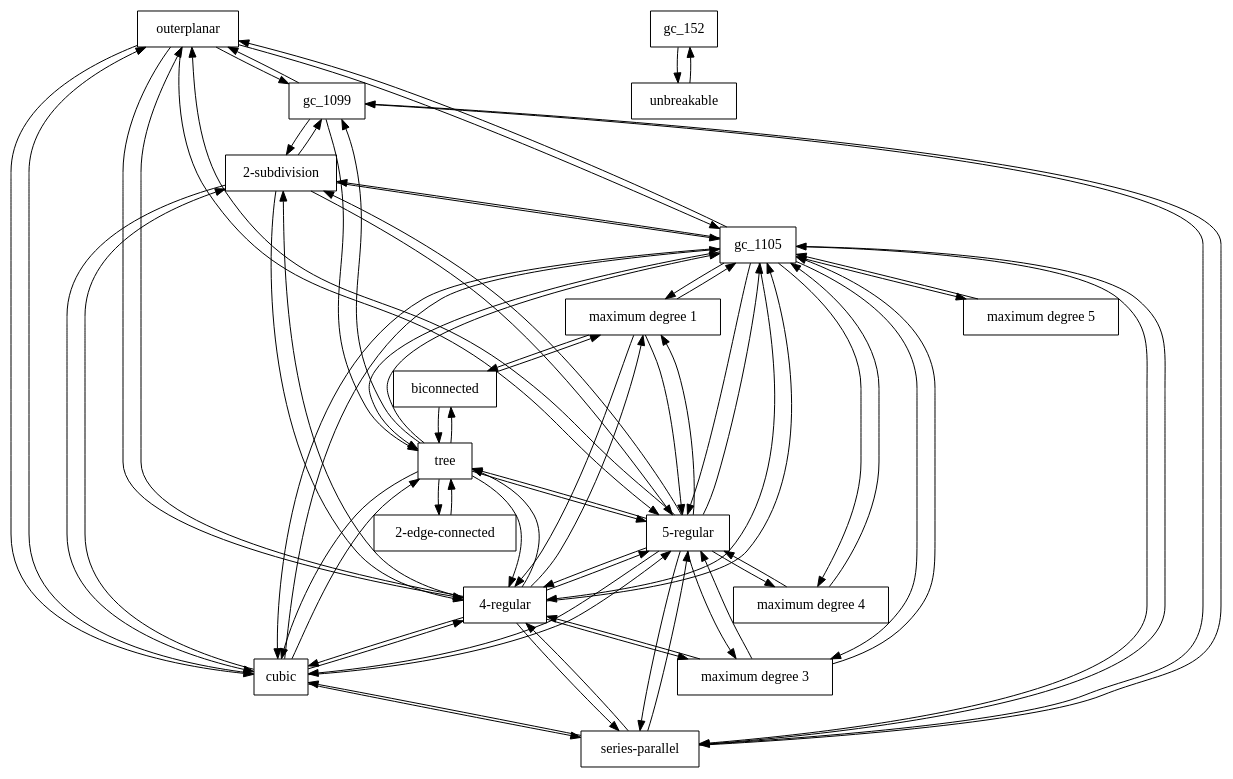
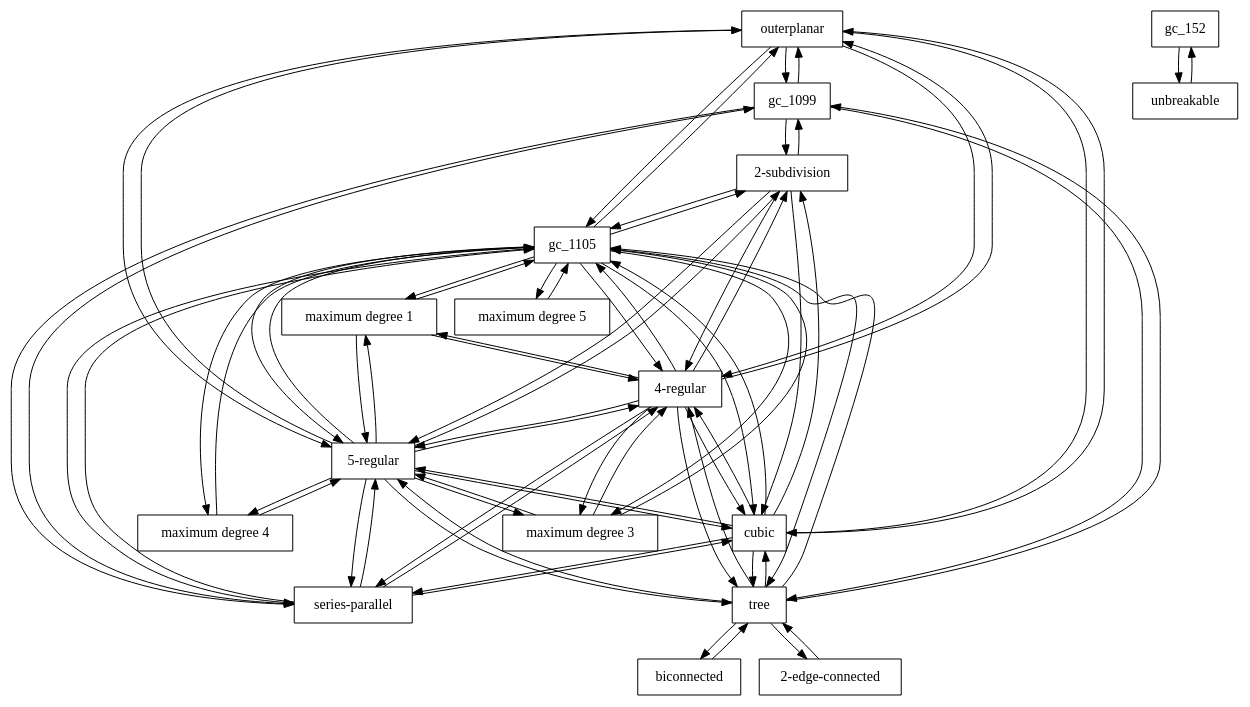
The diagram in src/isgci/exclusion-graph.dot (alabarre/graphotaxy), drawn with Graphviz before and after one commit. The commit also changed 78 other files, not shown here.

```diff
--- a/src/isgci/exclusion-graph.dot
+++ b/src/isgci/exclusion-graph.dot
@@ -1,143 +1,140 @@
+// TODO document each exclusion relationship
 digraph G {
     node [shape=rect]
     // graph classes ----------------------------------------------------------
     gc_110  [label="outerplanar"]
     gc_152  [texlbl="$P_4$-free"]
     gc_277  [label="unbreakable"]
     gc_275  [label="series-parallel"]
     gc_342  [label="tree"]
     gc_717 [label="maximum degree 4"]
     gc_720 [label="maximum degree 3"]
     gc_771  [label="biconnected"]
     gc_1099 [texlbl="$k$-regular, fixed $k\ge 3$"]
     gc_1100 [label="cubic"]
     gc_1101 [label="4-regular"]
     gc_1104 [label="5-regular"]
     gc_1105 [texlbl="$k$-regular, fixed $k\ge 6$"]
     gc_1139 [label="maximum degree 5"]
     gc_1299 [label="maximum degree 1"]
     gc_1362 [label="2-edge-connected"]
     gc_472 [label="2-subdivision"]
     
     
     
 //     gc_1119 [label="maximum degree 6"] // not used yet
 //     gc_1090 [label="maximum degree 7"] // not used yet
     
     
     // relationships involving trees ------------------------------------------
     // trees are not 2-edge-connected
     gc_342 -> gc_1362
     gc_1362 -> gc_342
 
     // trees are not 2-vertex-connected
     gc_342 -> gc_771
     gc_771 -> gc_342
 
     // no tree is k-regular for any k >= 3
     gc_342 -> gc_1099 // k >= 3
     gc_1099 -> gc_342 // k >= 3
     gc_342 -> gc_1100 // k = 3 
     gc_1100 -> gc_342 // k = 3
     gc_342 -> gc_1101 // k = 4
     gc_1101 -> gc_342 // k = 4
     gc_342 -> gc_1104 // k = 5
     gc_1104 -> gc_342 // k = 5
     gc_342 -> gc_1105 // k >= 6
     gc_1105 -> gc_342 // k >= 6
     
     // relationships involving bounded degrees --------------------------------
     // maximum degree k -> not p-regular for any p > k
     gc_1299 -> gc_1101 // k = 1, p = 4
     gc_1101 -> gc_1299 // k = 1, p = 4
     gc_1299 -> gc_1104 // k = 1, p = 5
     gc_1104 -> gc_1299 // k = 1, p = 5
     gc_1299 -> gc_1105 // k = 1, p >= 6
     gc_1105 -> gc_1299 // k = 1, p >= 6
 
     gc_720 -> gc_1101 // k = 3, p = 4
     gc_1101 -> gc_720 // k = 3, p = 4
     gc_720 -> gc_1104 // k = 3, p = 5
     gc_1104 -> gc_720 // k = 3, p = 5
     gc_720 -> gc_1105 // k = 3, p >= 6
     gc_1105 -> gc_720 // k = 3, p >= 6
 
     gc_717 -> gc_1104 // k = 4, p = 5
     gc_1104 -> gc_717 // k = 4, p = 5
     gc_717 -> gc_1105 // k = 4, p >= 6
     gc_1105 -> gc_717 // k = 4, p >= 6
 
     gc_1139 -> gc_1105 // k = 5, p >= 6
     gc_1105 -> gc_1139 // k = 5, p >= 6
     
     // k-regular -> not p-regular for any p != k
     gc_1100 -> gc_1101 // k = 3, p = 4
     gc_1101 -> gc_1100 // k = 3, p = 4
     gc_1100 -> gc_1104 // k = 3, p = 5
     gc_1104 -> gc_1100 // k = 3, p = 5
     gc_1100 -> gc_1105 // k = 3, p = 6
     gc_1105 -> gc_1100 // k = 3, p = 6
     gc_1101 -> gc_1104 // k = 4, p = 5
     gc_1104 -> gc_1101 // k = 4, p = 5
     gc_1101 -> gc_1105 // k = 4, p = 6
     gc_1105 -> gc_1101 // k = 4, p = 6
     gc_1104 -> gc_1105 // k = 5, p = 6
     gc_1105 -> gc_1104 // k = 5, p = 6
 
     // series-parallel <-> not k-regular for any k >= 3
     gc_275 -> gc_1099 // k >= 3
     gc_1099 -> gc_275 // k >= 3
     gc_275 -> gc_1100 // k = 3 
     gc_1100 -> gc_275 // k = 3
     gc_275 -> gc_1101 // k = 4
     gc_1101 -> gc_275 // k = 4
     gc_275 -> gc_1104 // k = 5
     gc_1104 -> gc_275 // k = 5
     gc_275 -> gc_1105 // k >= 6
     gc_1105 -> gc_275 // k >= 6
    
     // outerplanar <-> not k-regular for any k >= 3
     gc_110 -> gc_1099 // k >= 3
     gc_1099 -> gc_110 // k >= 3
     gc_110 -> gc_1100 // k = 3 
     gc_1100 -> gc_110 // k = 3
     gc_110 -> gc_1101 // k = 4
     gc_1101 -> gc_110 // k = 4
     gc_110 -> gc_1104 // k = 5
     gc_1104 -> gc_110 // k = 5
     gc_110 -> gc_1105 // k >= 6
     gc_1105 -> gc_110 // k >= 6
     
     
     // other classes ------------------------------------------------------------------------------
     // unbreakable graphs contain a P_4
     gc_277 -> gc_152
-    gc_152 -> gc_277 
-    
-    // biconnected graphs have minimum degree 2
-    gc_771 -> gc_1299
-    gc_1299 -> gc_771
+    gc_152 -> gc_277
 
     // by construction, 2-subdivisions (gc_472) cannot have minimum degree > 2, so we exclude:
     //  - gc_1099 [texlbl="$k$-regular, fixed $k\ge 3$"]
     //  - gc_1100 [label="cubic"]
     //  - gc_1101 [label="4-regular"]
     //  - gc_1104 [label="5-regular"]
     //  - gc_1105 [texlbl="$k$-regular, fixed $k\ge 6$"]
     //
     // we do not exclude gc_1299 [label="maximum degree 1"], because a 2-subdivision might consist
     // of isolated vertices if the original graph to subdivide was edgeless
     gc_472 -> gc_1099
     gc_472 -> gc_1100
     gc_472 -> gc_1101
     gc_472 -> gc_1104
     gc_472 -> gc_1105
     // and the other way around
     gc_1099 -> gc_472
     gc_1100 -> gc_472
     gc_1101 -> gc_472
     gc_1104 -> gc_472
     gc_1105 -> gc_472
 
 
 }
```
